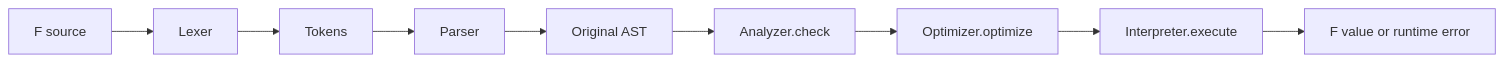
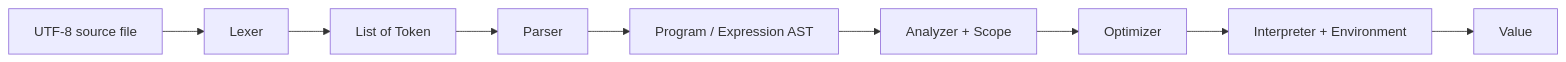
One commit to DaemonSSS/Functional-Language-Interpreter changed the diagram in README.md. Above: the diagram before and after it, drawn with Mermaid. The commit also changed other lines of this file and 45 other files, not shown here.

````diff
--- a/README.md
+++ b/README.md
@@ -28,11 +45,11 @@
 ```mermaid
 flowchart LR
-    A[F source] --> B[Lexer]
-    B --> C[Tokens]
-    C --> D[Parser]
-    D --> E[Original AST]
-    E --> F[Analyzer.check]
-    F --> G[Optimizer.optimize]
-    G --> H[Interpreter.execute]
-    H --> I[F value or runtime error]
+    S["UTF-8 source file"] --> L[Lexer]
+    L --> T["List of Token"]
+    T --> P[Parser]
+    P --> A["Program / Expression AST"]
+    A --> C["Analyzer + Scope"]
+    C --> O[Optimizer]
+    O --> I["Interpreter + Environment"]
+    I --> V["Value"]
 ```
````
